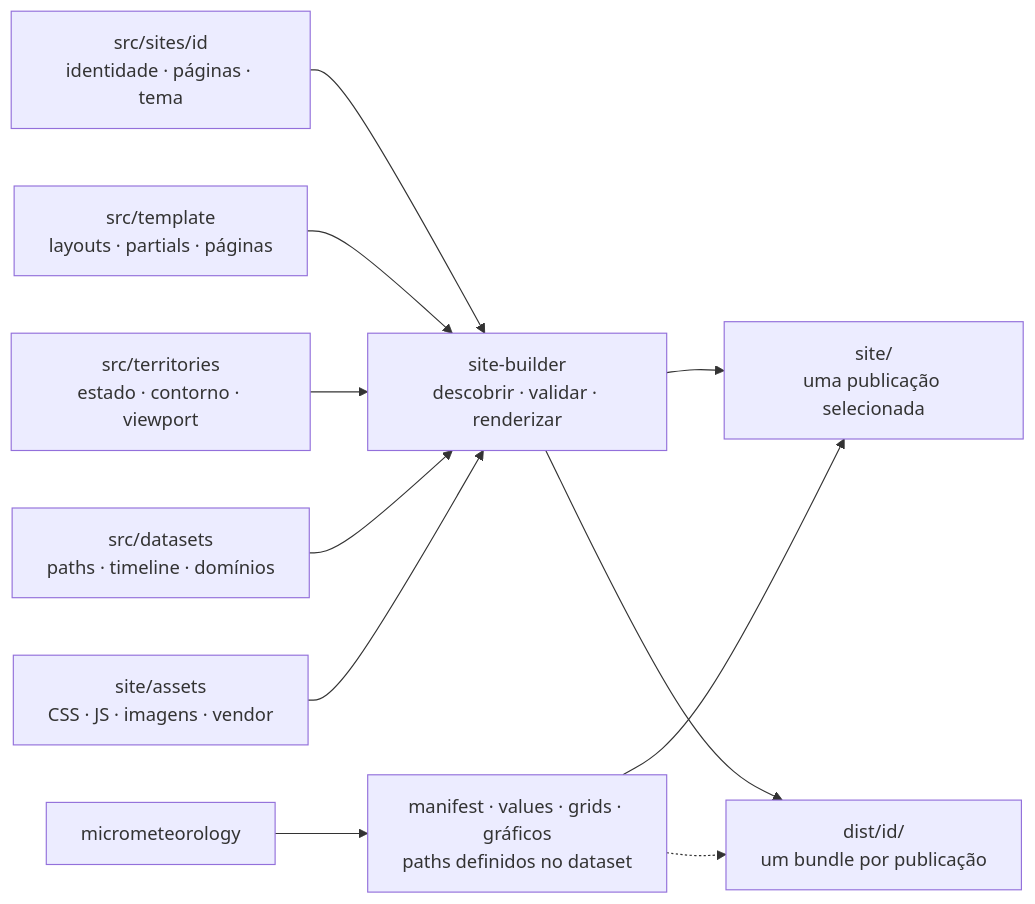
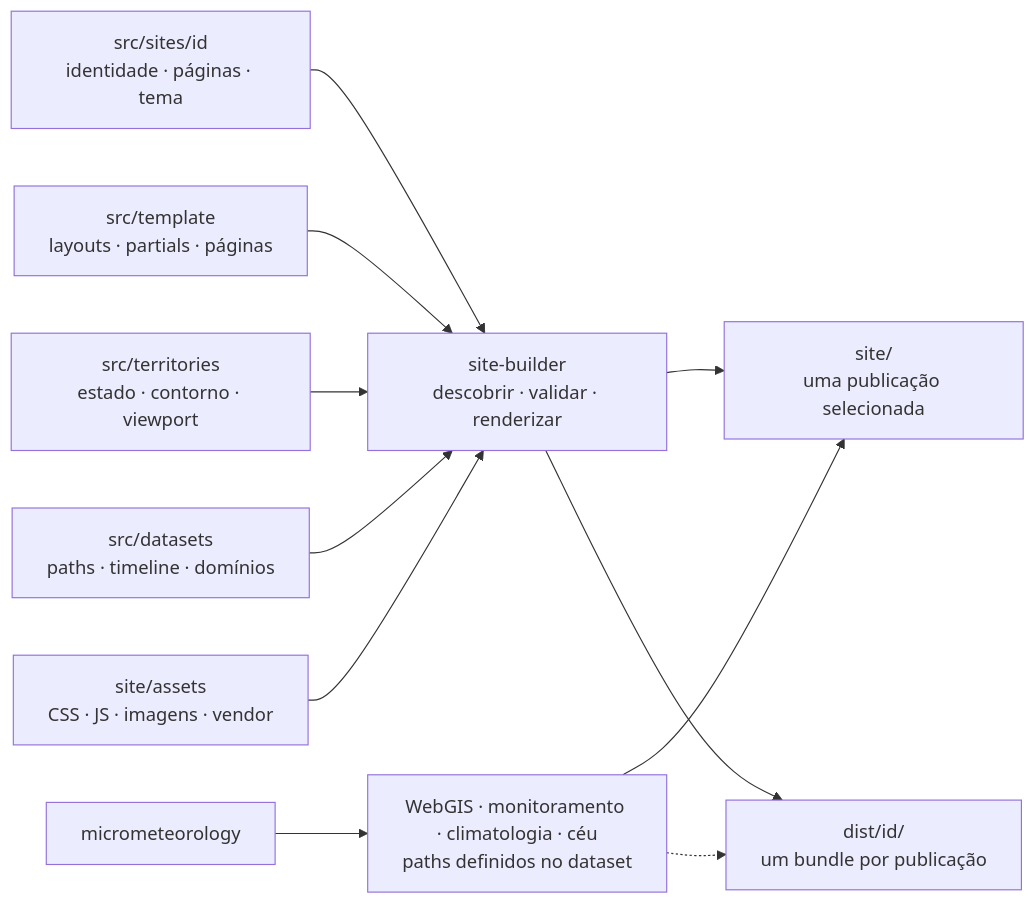
The diagram in docs/onboarding-architecture/diagrams/repository-overview.mmd (Bruno-Mascarenhas/site-labmim), drawn with Mermaid before and after one commit. The commit also changed 14 other files, not shown here.

```diff
--- a/docs/onboarding-architecture/diagrams/repository-overview.mmd
+++ b/docs/onboarding-architecture/diagrams/repository-overview.mmd
@@ -1,11 +1,11 @@
 flowchart LR
   SITES["src/sites/id<br/>identidade · páginas · tema"] --> BUILD["site-builder<br/>descobrir · validar · renderizar"]
   TEMPLATE["src/template<br/>layouts · partials · páginas"] --> BUILD
   TERR["src/territories<br/>estado · contorno · viewport"] --> BUILD
   DATASET["src/datasets<br/>paths · timeline · domínios"] --> BUILD
   SHARED["site/assets<br/>CSS · JS · imagens · vendor"] --> BUILD
   BUILD --> SITE["site/<br/>uma publicação selecionada"]
   BUILD --> DIST["dist/id/<br/>um bundle por publicação"]
-  PIPE["micrometeorology"] --> DATA["manifest · values · grids · gráficos<br/>paths definidos no dataset"]
+  PIPE["micrometeorology"] --> DATA["WebGIS · monitoramento · climatologia · céu<br/>paths definidos no dataset"]
   DATA --> SITE
   DATA -.-> DIST
```
